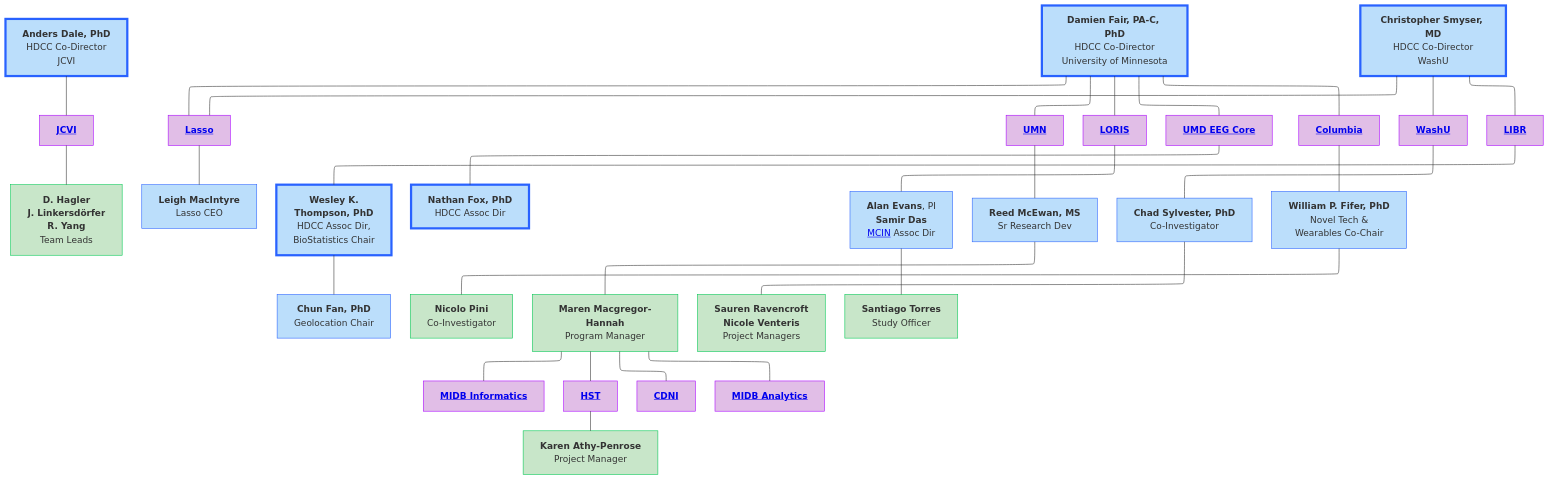
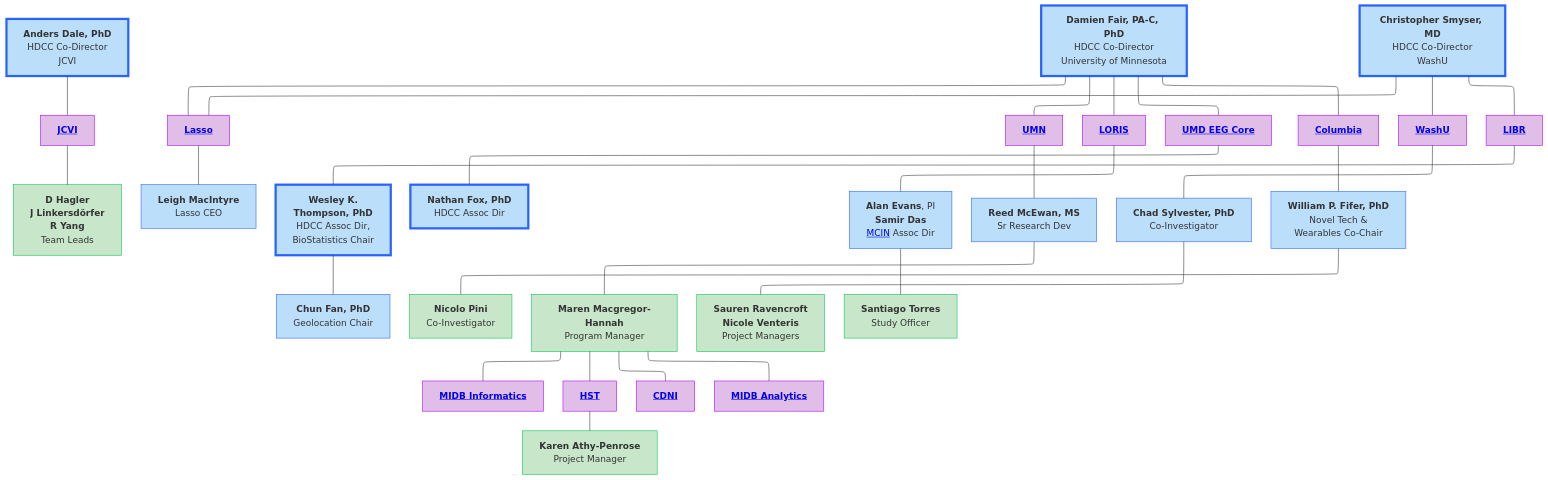
The diagram in docs/orgcharts-alt.md (DCAN-Labs/hbcd-docs-internal), drawn with Mermaid before and after one commit. The commit also changed other lines of this file, not shown here.

````diff
--- a/docs/orgcharts-alt.md
+++ b/docs/orgcharts-alt.md
@@ -3,69 +3,69 @@
 ```mermaid
 ---
 config:
   layout: elk
 ---
 flowchart TB
     n2["<b>Anders Dale, PhD<br></b>HDCC Co-Director<br>JCVI"] --- jcvi["<a href="#j-craig-venter-institute" target="_top"><b>JCVI</b></a>"]
-    jcvi --- jcvileads["<b>D. Hagler<br>J. Linkersdörfer<br>R. Yang</b><br>Team Leads"]
+    jcvi --- jcvileads["<b>D Hagler<br>J Linkersdörfer<br>R Yang</b><br>Team Leads"]
     E["<b>Damien Fair, PA-C, PhD</b><br>HDCC Co-Director<br>University of Minnesota"] --- lasso["<a href="#lasso" target="_top"><b>Lasso</b></a>"] & umn["<a href="#university-of-minnesota" target="_top"><b>UMN</b></a>"] & n7["<a href="#loris" target="_top"><b>LORIS</b></a>"] & n8["<a href="#university-of-maryland" target="_top"><b>UMD EEG Core</b></a>"] & n11["<a href="#columbia-university" target="_top"><b>Columbia</b></a>"]
     lasso --- lasso1["<b>Leigh MacIntyre</b><br>Lasso CEO"]
     n1["<b>Christopher Smyser, MD<br></b>HDCC Co-Director<br>WashU"] --- n10["<a href="#washu" target="_top"><b>WashU</b></a>"] & n12["<a href="#libr" target="_top"><b>LIBR</b></a>"] & lasso
     n16["<b>Wesley K.<br>Thompson, PhD</b><br>HDCC Assoc Dir,<br>BioStatistics Chair"] --- n17["<b>Chun Fan, PhD</b><br>Geolocation Chair"]
     n12 --- n16
     n8 --- n19["<b>Nathan Fox, PhD<br></b>HDCC Assoc Dir"]
     n7 --- n20["<b>Alan Evans</b>, PI<br><b>Samir Das</b><br><a href="https://mcin.ca/about-mcin/" target="_blank">MCIN</a> Assoc Dir"]
     umn --- reed["<b>Reed McEwan, MS</b><br>Sr Research Dev"]
     n10 --- n22["<b>Chad Sylvester, PhD</b><br>Co-Investigator"]
     n11 --- n18["<b>William P. Fifer, PhD</b><br>Novel Tech &<br>Wearables Co-Chair"]
     n18 --- n34["<b>Nicolo Pini</b><br>Co-Investigator"]
     reed --- n30["<b>Maren Macgregor-Hannah</b><br>Program Manager"]
     n30 --- n25["<a href="#midb-informatics-hub-msi" target="_top"><b>MIDB Informatics</b></a>"]
     n30 --- n27["<a href="#health-sciences-technology" target="_top"><b>HST</b></a>"]
     n30 --- n28["<a href="#center-for-developmental-neuroimaging" target="_top"><b>CDNI</b></a>"]
     n30 --- n29["<a href="#midb-analytics-hub" target="_top"><b>MIDB Analytics</b></a>"]
     n27 --- n31["<b>Karen Athy-Penrose</b><br>Project Manager"]
     n22 --- n32["<b>Sauren Ravencroft<br>Nicole Venteris</b><br>Project Managers"]
     n20 --- n33["<b>Santiago Torres</b><br>Study Officer"]
     style n2 fill:#BBDEFB,stroke:#2962FF,stroke-width:4px
     style jcvi fill:#E1BEE7,stroke:#AA00FF
     style E fill:#BBDEFB,stroke:#2962FF,stroke-width:4px
     style lasso fill:#E1BEE7,stroke:#AA00FF
     style umn fill:#E1BEE7,stroke:#AA00FF
     style n7 fill:#E1BEE7,stroke:#AA00FF
     style n8 fill:#E1BEE7,stroke:#AA00FF
     style n11 fill:#E1BEE7,stroke:#AA00FF
     style lasso1 fill:#BBDEFB,stroke:#2962FF
     style n1 fill:#BBDEFB,stroke:#2962FF,stroke-width:4px
     style n10 fill:#E1BEE7,stroke:#AA00FF
     style n12 fill:#E1BEE7,stroke:#AA00FF
     style n16 fill:#BBDEFB,stroke:#2962FF,stroke-width:4px
     style n17 fill:#BBDEFB,stroke:#2962FF
     style n19 fill:#BBDEFB,stroke:#2962FF,stroke-width:4px
     style n20 fill:#BBDEFB,stroke:#2962FF
     style reed fill:#BBDEFB,stroke:#2962FF
     style n22 fill:#BBDEFB,stroke:#2962FF
     style n18 fill:#BBDEFB,stroke:#2962FF
     style n25 fill:#E1BEE7,stroke:#AA00FF
     style n27 fill:#E1BEE7,stroke:#AA00FF
     style n28 fill:#E1BEE7,stroke:#AA00FF
     style n29 fill:#E1BEE7,stroke:#AA00FF
     style n30 fill:#C8E6C9,stroke:#00C853
     style n31 fill:#C8E6C9,stroke:#00C853
     style n32 fill:#C8E6C9,stroke:#00C853
     style n33 fill:#C8E6C9,stroke:#00C853
     style n34 fill:#C8E6C9,stroke:#00C853
     style jcvileads fill:#C8E6C9,stroke:#00C853
     click jcvi "#j-craig-venter-institute"
     click lasso "#lasso"
     click umn "#university-of-minnesota"
     click n7 "#loris"
     click n8 "#university-of-maryland"
     click n10 "#washu"
     click n25 "#midb-informatics-hub-msi"
     click n29 "#midb-analytics-hub"
     click n27 "#health-sciences-technology"
     click n28 "#center-for-developmental-neuroimaging"
     click n12 "#libr"
     click n11 "#columbia-university"
 ```
````
